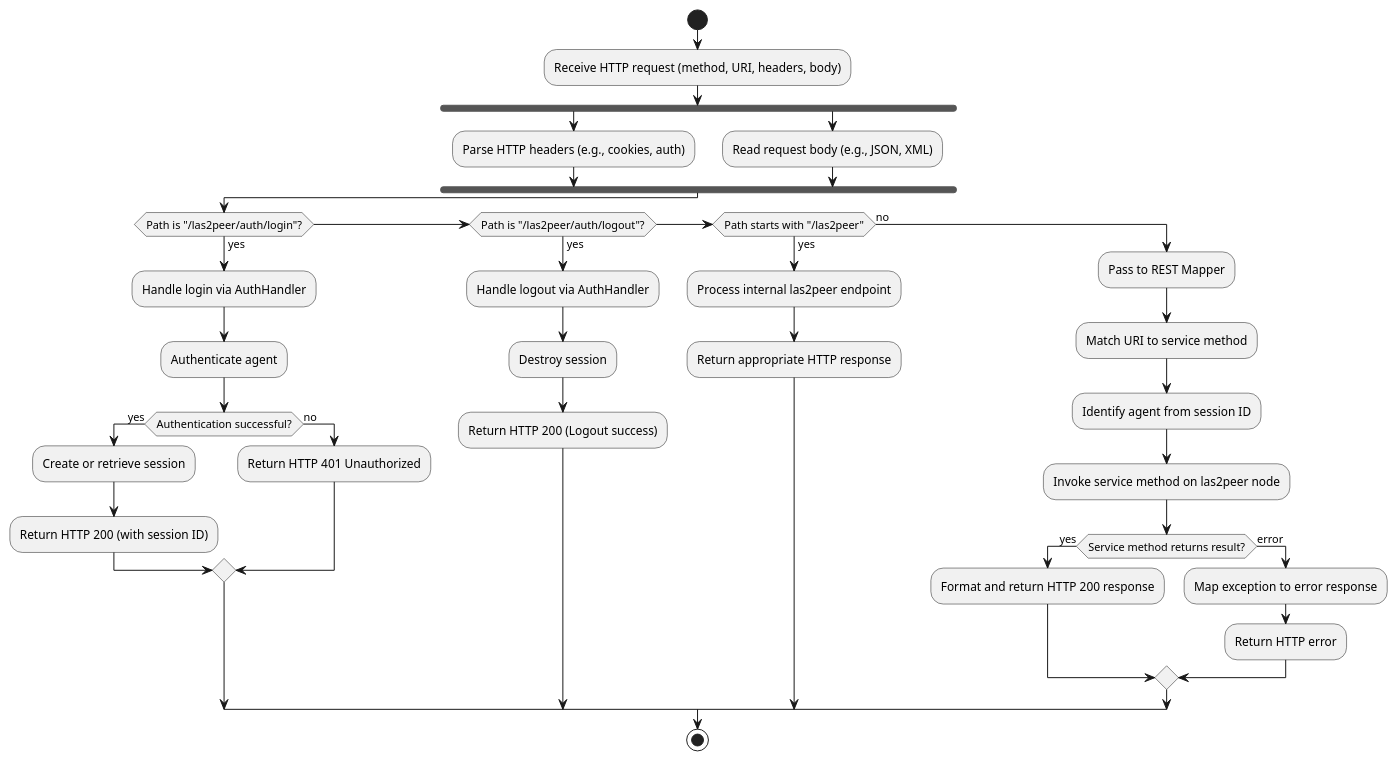
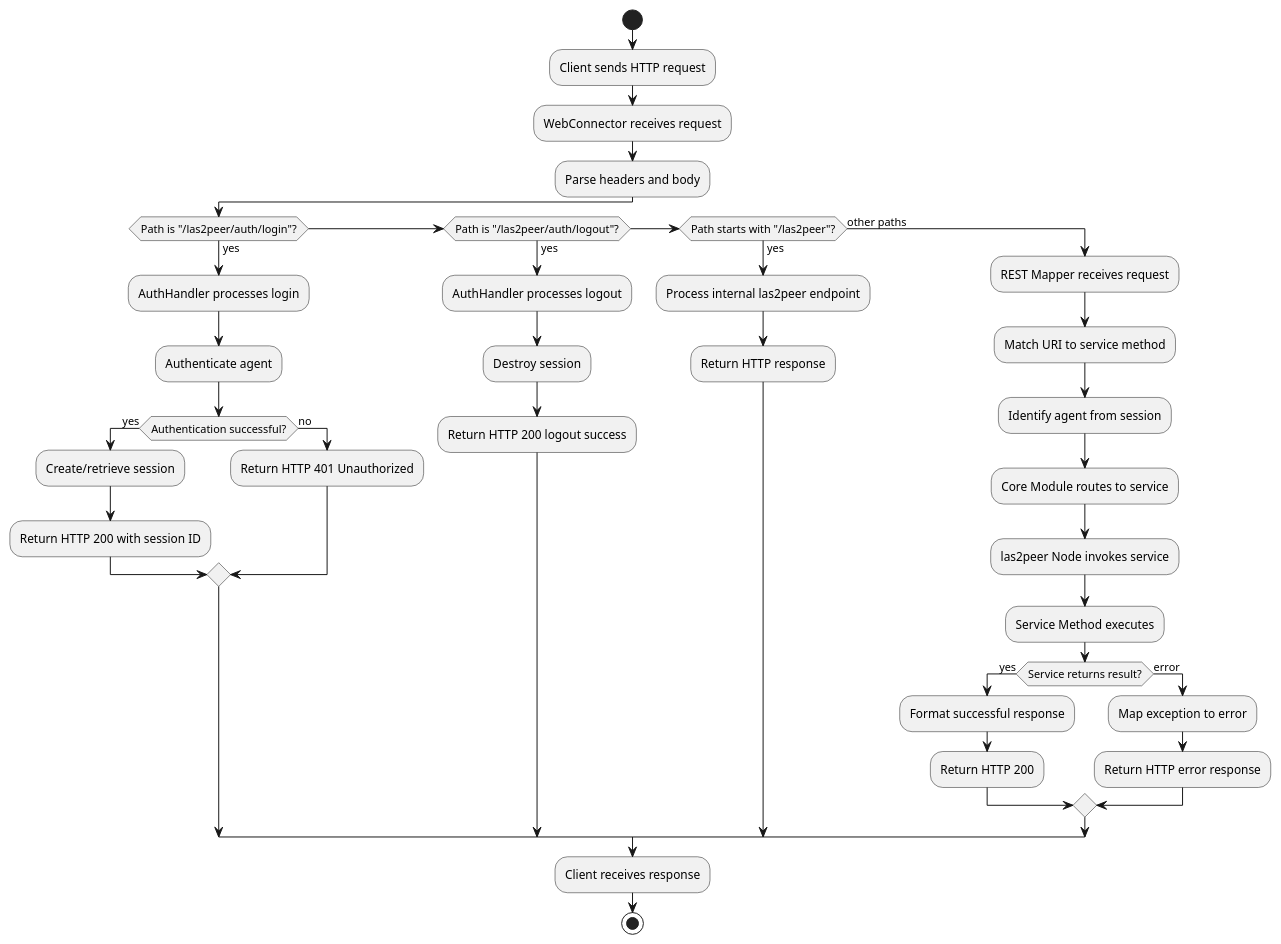
Before and after one commit to SwanHtetAungPhyo/las2peer: the diagram in action/las2peer_webconector_execution_flow_activity_diagram.puml, drawn with PlantUML. The commit also changed 2 other files, not shown here.

```diff
--- a/action/las2peer_webconector_execution_flow_activity_diagram.puml
+++ b/action/las2peer_webconector_execution_flow_activity_diagram.puml
@@ -1,46 +1,46 @@
 @startuml WebConnectorActivity
 start
 
-:Receive HTTP request (method, URI, headers, body);
-
-fork
-  :Parse HTTP headers (e.g., cookies, auth);
-fork again
-  :Read request body (e.g., JSON, XML);
-end fork
+:Client sends HTTP request;
+:WebConnector receives request;
+:Parse headers and body;
 
 if (Path is "/las2peer/auth/login"?) then (yes)
-  :Handle login via AuthHandler;
-  :Authenticate agent;
-  if (Authentication successful?) then (yes)
-    :Create or retrieve session;
-    :Return HTTP 200 (with session ID);
-  else (no)
-    :Return HTTP 401 Unauthorized;
-  endif
+ :AuthHandler processes login;
+ :Authenticate agent;
+ if (Authentication successful?) then (yes)
+   :Create/retrieve session;
+   :Return HTTP 200 with session ID;
+ else (no)
+   :Return HTTP 401 Unauthorized;
+ endif
 
 elseif (Path is "/las2peer/auth/logout"?) then (yes)
-  :Handle logout via AuthHandler;
-  :Destroy session;
-  :Return HTTP 200 (Logout success);
+ :AuthHandler processes logout;
+ :Destroy session;
+ :Return HTTP 200 logout success;
 
-elseif (Path starts with "/las2peer") then (yes)
-  :Process internal las2peer endpoint;
-  :Return appropriate HTTP response;
+elseif (Path starts with "/las2peer"?) then (yes)
+ :Process internal las2peer endpoint;
+ :Return HTTP response;
 
-else (no)
-  :Pass to REST Mapper;
-  :Match URI to service method;
-  :Identify agent from session ID;
-  :Invoke service method on las2peer node;
+else (other paths)
+ :REST Mapper receives request;
+ :Match URI to service method;
+ :Identify agent from session;
+ :Core Module routes to service;
+ :las2peer Node invokes service;
+ :Service Method executes;
 
-  if (Service method returns result?) then (yes)
-    :Format and return HTTP 200 response;
-  else (error)
-    :Map exception to error response;
-    :Return HTTP error;
-  endif
+ if (Service returns result?) then (yes)
+   :Format successful response;
+   :Return HTTP 200;
+ else (error)
+   :Map exception to error;
+   :Return HTTP error response;
+ endif
 endif
 
+:Client receives response;
 stop
 @enduml
```
